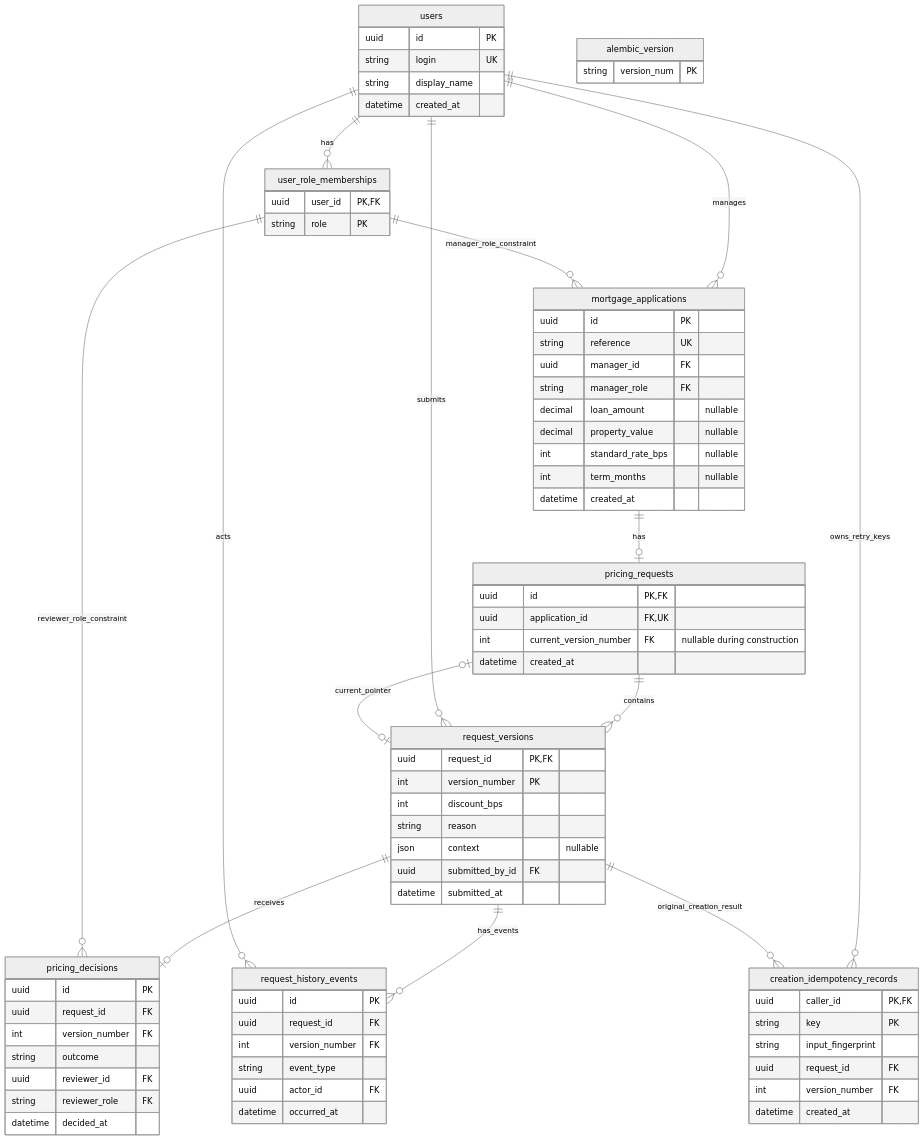
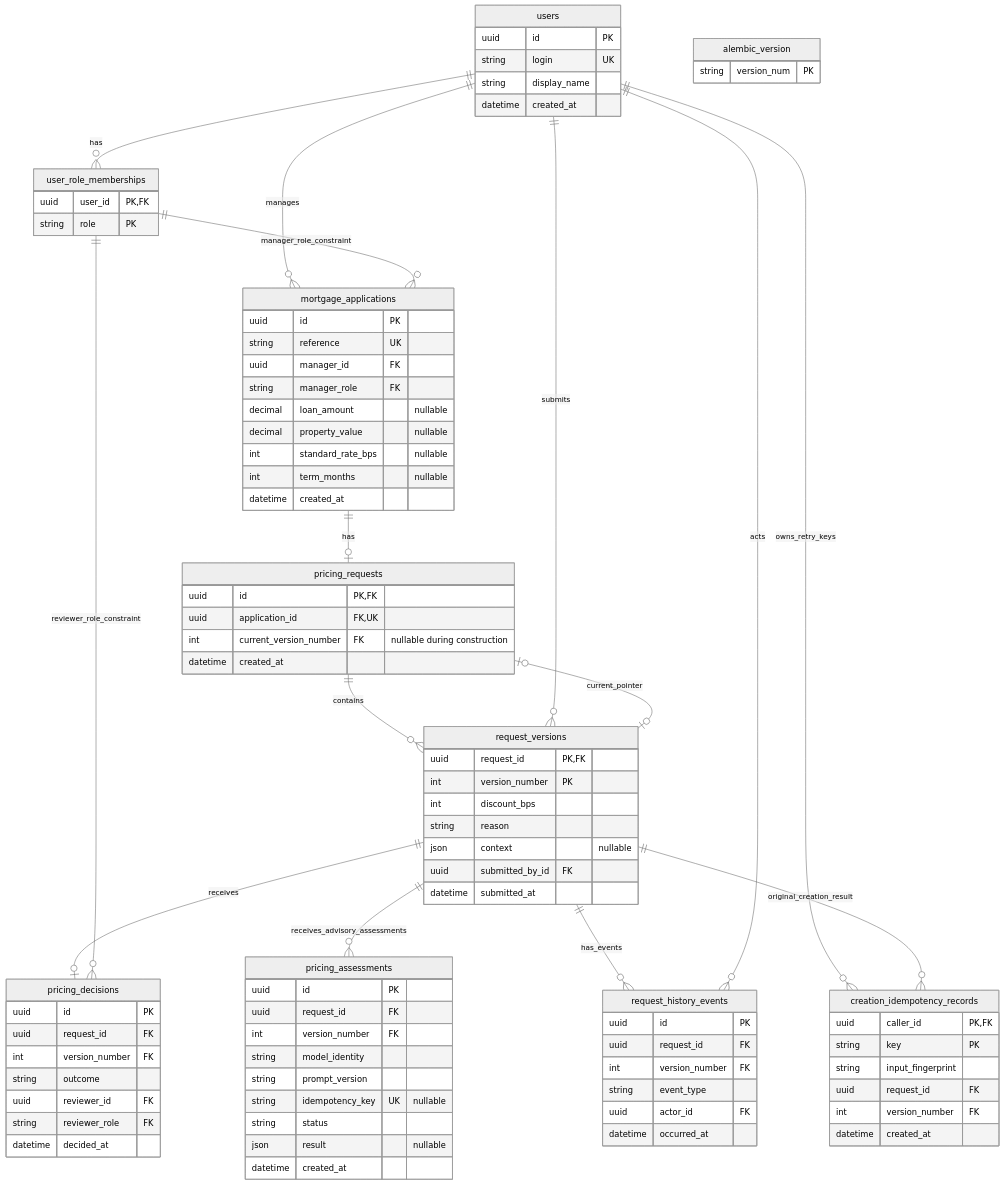
Before and after one commit to spolovynko/mortgage-pricing-exception-service: the second of 2 diagrams in docs/current-workflow-and-data-model.md, drawn with Mermaid (neutral theme). The commit also changed other lines of this file and 1 other file, not shown here.

Commit message:
[DOCS][UPDATE][MVP3] Restore README workflows, data model and usage guides

```diff
--- a/docs/current-workflow-and-data-model.md
+++ b/docs/current-workflow-and-data-model.md
@@ -136,6 +136,17 @@
         int version_number FK
         datetime created_at
     }
+    pricing_assessments {
+        uuid id PK
+        uuid request_id FK
+        int version_number FK
+        string model_identity
+        string prompt_version
+        string idempotency_key UK "nullable"
+        string status
+        json result "nullable"
+        datetime created_at
+    }
     alembic_version {
         string version_num PK
     }
@@ -148,6 +159,7 @@
     request_versions |o--o| pricing_requests : current_pointer
     users ||--o{ request_versions : submits
     request_versions ||--o| pricing_decisions : receives
+    request_versions ||--o{ pricing_assessments : receives_advisory_assessments
     user_role_memberships ||--o{ pricing_decisions : reviewer_role_constraint
     request_versions ||--o{ request_history_events : has_events
     users ||--o{ request_history_events : acts
```
